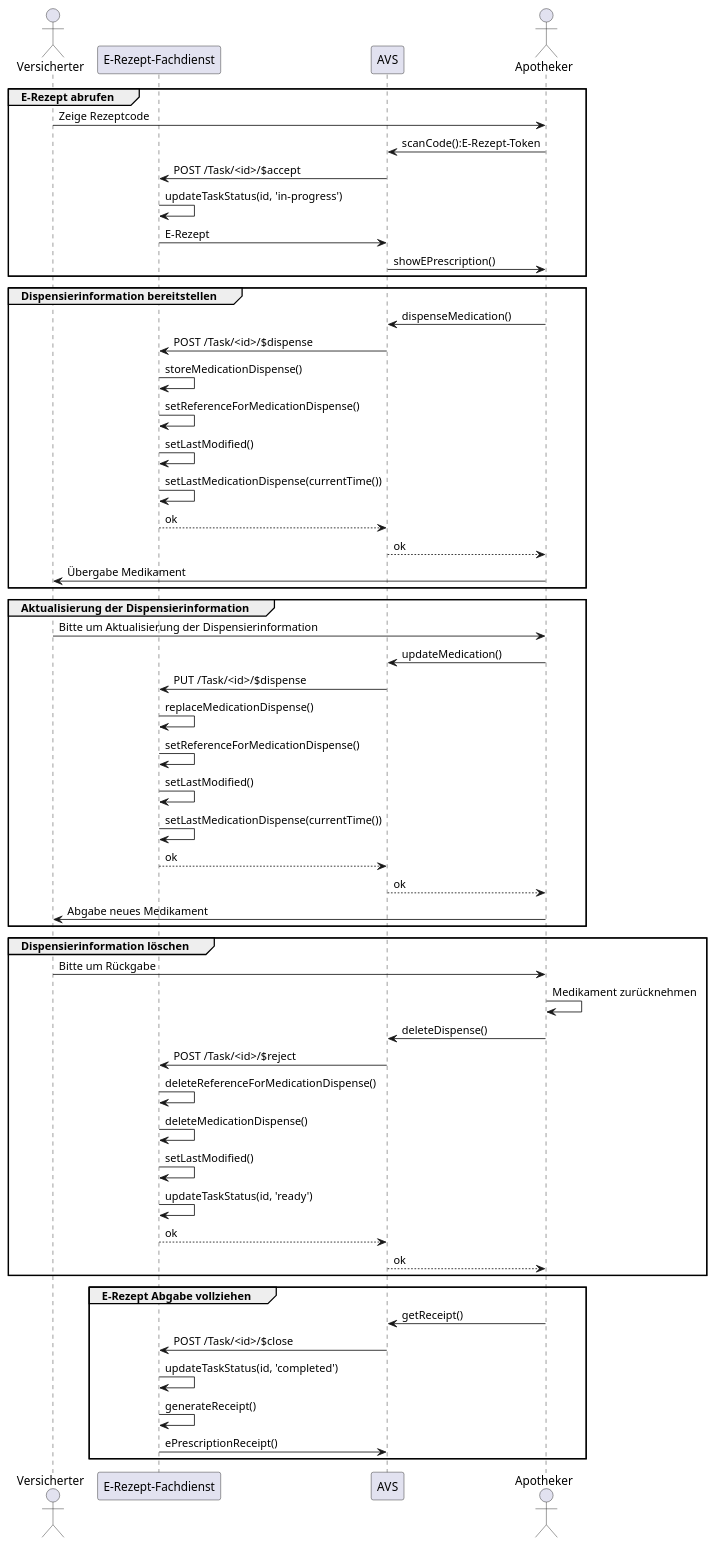
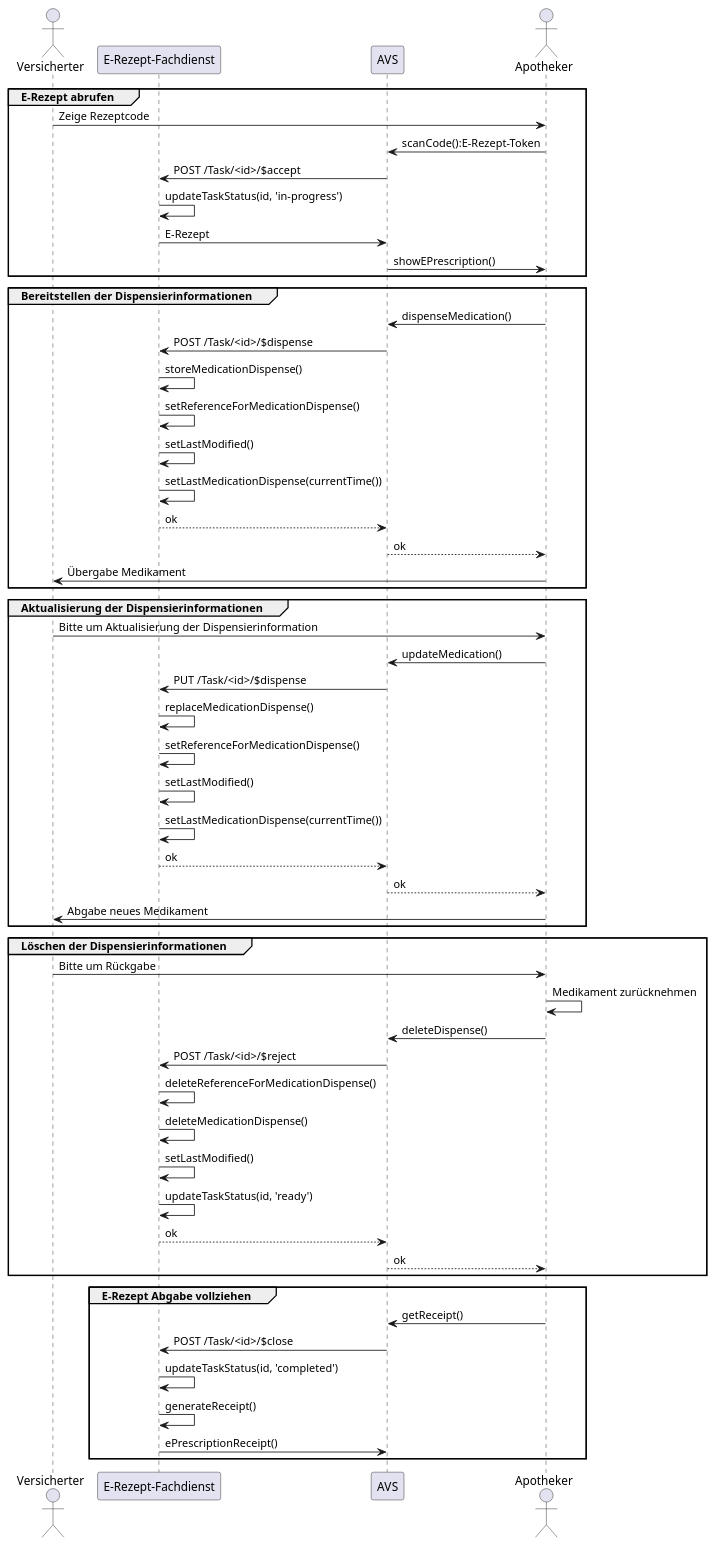
Before and after one commit to gematik/api-erp: the diagram in puml/fdv_zustaende_sequenz.puml, drawn with PlantUML. The commit also changed 1 other file, not shown here.

```diff
--- a/puml/fdv_zustaende_sequenz.puml
+++ b/puml/fdv_zustaende_sequenz.puml
@@ -1,64 +1,64 @@
 @startuml Aktualisierte Abgabeinformationen
 
 actor Versicherter
 participant "E-Rezept-Fachdienst" as FD
 participant AVS
 actor Apotheker
 
 group E-Rezept abrufen
 Versicherter -> Apotheker: Zeige Rezeptcode
 Apotheker -> AVS: scanCode():E-Rezept-Token
 AVS -> FD: POST /Task/<id>/$accept
 FD -> FD: updateTaskStatus(id, 'in-progress')
 FD -> AVS: E-Rezept
 AVS -> Apotheker: showEPrescription()
 end
 
-group Dispensierinformation bereitstellen
+group Bereitstellen der Dispensierinformationen
 Apotheker -> AVS: dispenseMedication()
 AVS -> FD: POST /Task/<id>/$dispense
 FD -> FD: storeMedicationDispense()
 FD -> FD: setReferenceForMedicationDispense()
 FD -> FD: setLastModified()
 FD -> FD: setLastMedicationDispense(currentTime())
 FD --> AVS: ok
 AVS --> Apotheker: ok
 Apotheker -> Versicherter: Übergabe Medikament
 end
 
-group Aktualisierung der Dispensierinformation
+group Aktualisierung der Dispensierinformationen
 Versicherter -> Apotheker: Bitte um Aktualisierung der Dispensierinformation
 Apotheker -> AVS: updateMedication()
 AVS -> FD: PUT /Task/<id>/$dispense
 FD -> FD: replaceMedicationDispense()
 FD -> FD: setReferenceForMedicationDispense()
 FD -> FD: setLastModified()
 FD -> FD: setLastMedicationDispense(currentTime())
 FD --> AVS: ok
 AVS --> Apotheker: ok
 Apotheker -> Versicherter: Abgabe neues Medikament
 end
 
-group Dispensierinformation löschen
+group Löschen der Dispensierinformationen
 Versicherter -> Apotheker: Bitte um Rückgabe
 Apotheker -> Apotheker: Medikament zurücknehmen
 Apotheker -> AVS: deleteDispense()
 AVS -> FD: POST /Task/<id>/$reject
 FD -> FD: deleteReferenceForMedicationDispense()
 FD -> FD: deleteMedicationDispense()
 FD -> FD: setLastModified()
 FD -> FD: updateTaskStatus(id, 'ready')
 FD --> AVS: ok
 AVS --> Apotheker: ok
 end
 
 group E-Rezept Abgabe vollziehen 
 Apotheker -> AVS: getReceipt()
 AVS -> FD: POST /Task/<id>/$close
 FD -> FD: updateTaskStatus(id, 'completed')
 FD -> FD: generateReceipt()
 FD -> AVS: ePrescriptionReceipt()
 end
 
 
 @enduml
```
